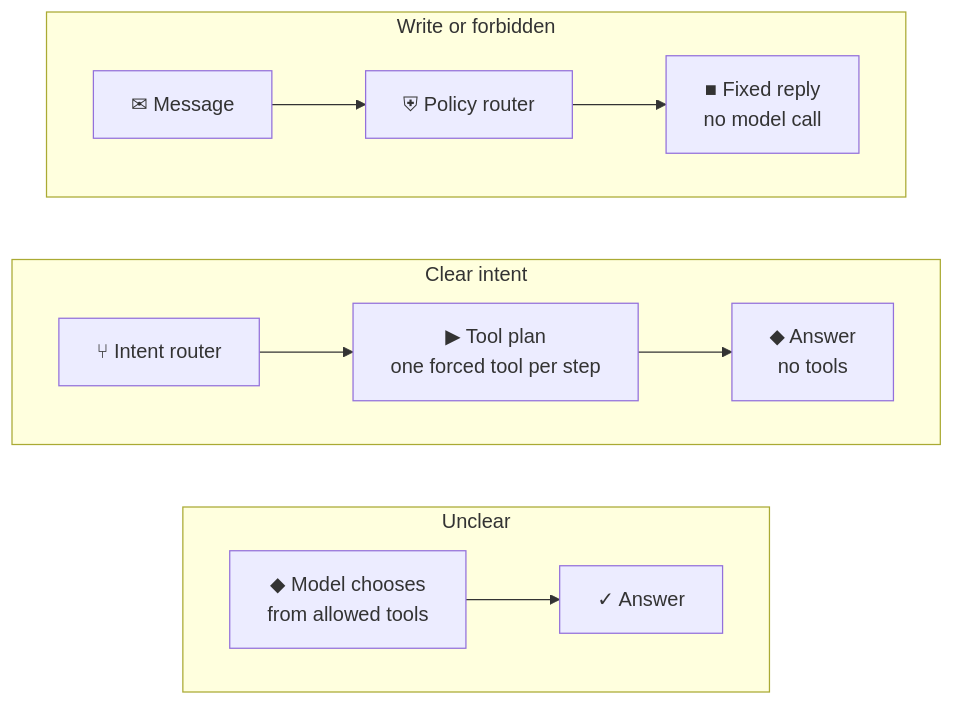
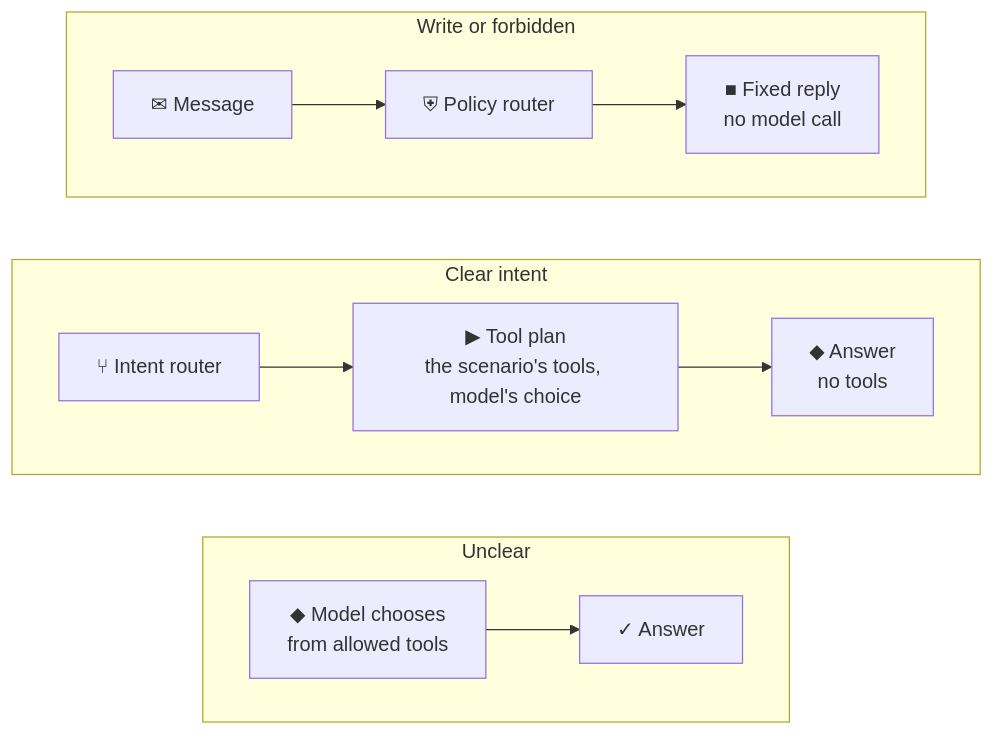
One commit to awbauer/agentic-marketing-demo changed diagram 15 of 32 in docs/learn.md. Above: the diagram before and after it, drawn with Mermaid. The commit also changed other lines of this file and 144 other files, not shown here.

Commit message:
Run on Google Cloud too; Cedar-scoped tools; choose the AI platform per request (#152)

````diff
--- a/docs/learn.md
+++ b/docs/learn.md
@@ -806,24 +889,24 @@
 ```mermaid
 flowchart TB
   subgraph routing0_lane0["Write or forbidden"]
     direction LR
     routing0_0_0["✉ Message"]
     routing0_0_1["⛨ Policy router"]
     routing0_0_2["■ Fixed reply<br/>no model call"]
     routing0_0_0 --> routing0_0_1 --> routing0_0_2
   end
   subgraph routing0_lane1["Clear intent"]
     direction LR
     routing0_1_0["⑂ Intent router"]
-    routing0_1_1["▶ Tool plan<br/>one forced tool per step"]
+    routing0_1_1["▶ Tool plan<br/>the scenario's tools, model's choice"]
     routing0_1_2["◆ Answer<br/>no tools"]
     routing0_1_0 --> routing0_1_1 --> routing0_1_2
   end
   subgraph routing0_lane2["Unclear"]
     direction LR
     routing0_2_0["◆ Model chooses<br/>from allowed tools"]
     routing0_2_1["✓ Answer"]
     routing0_2_0 --> routing0_2_1
   end
   routing0_lane0 ~~~ routing0_lane1 ~~~ routing0_lane2
 ```
````
